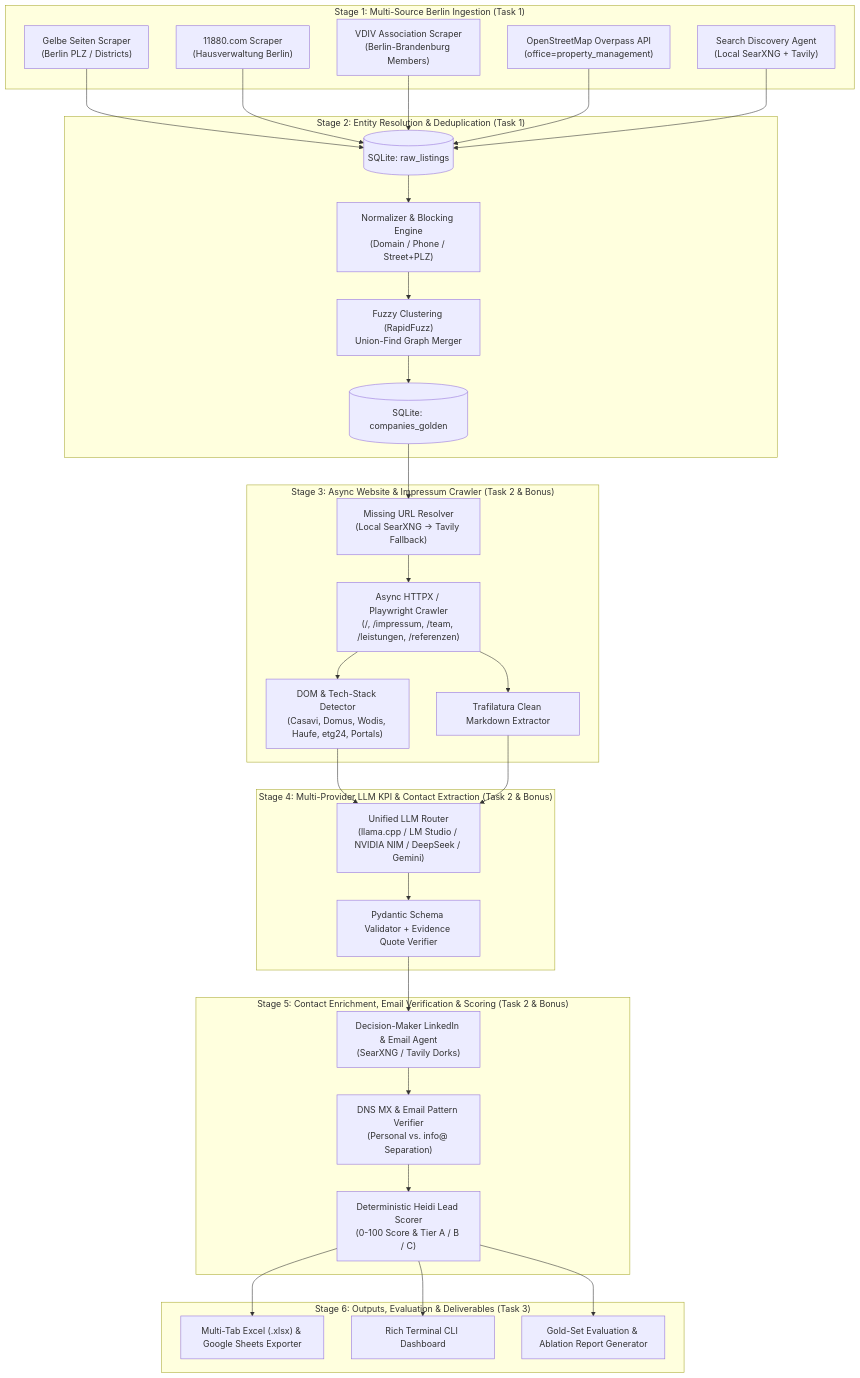
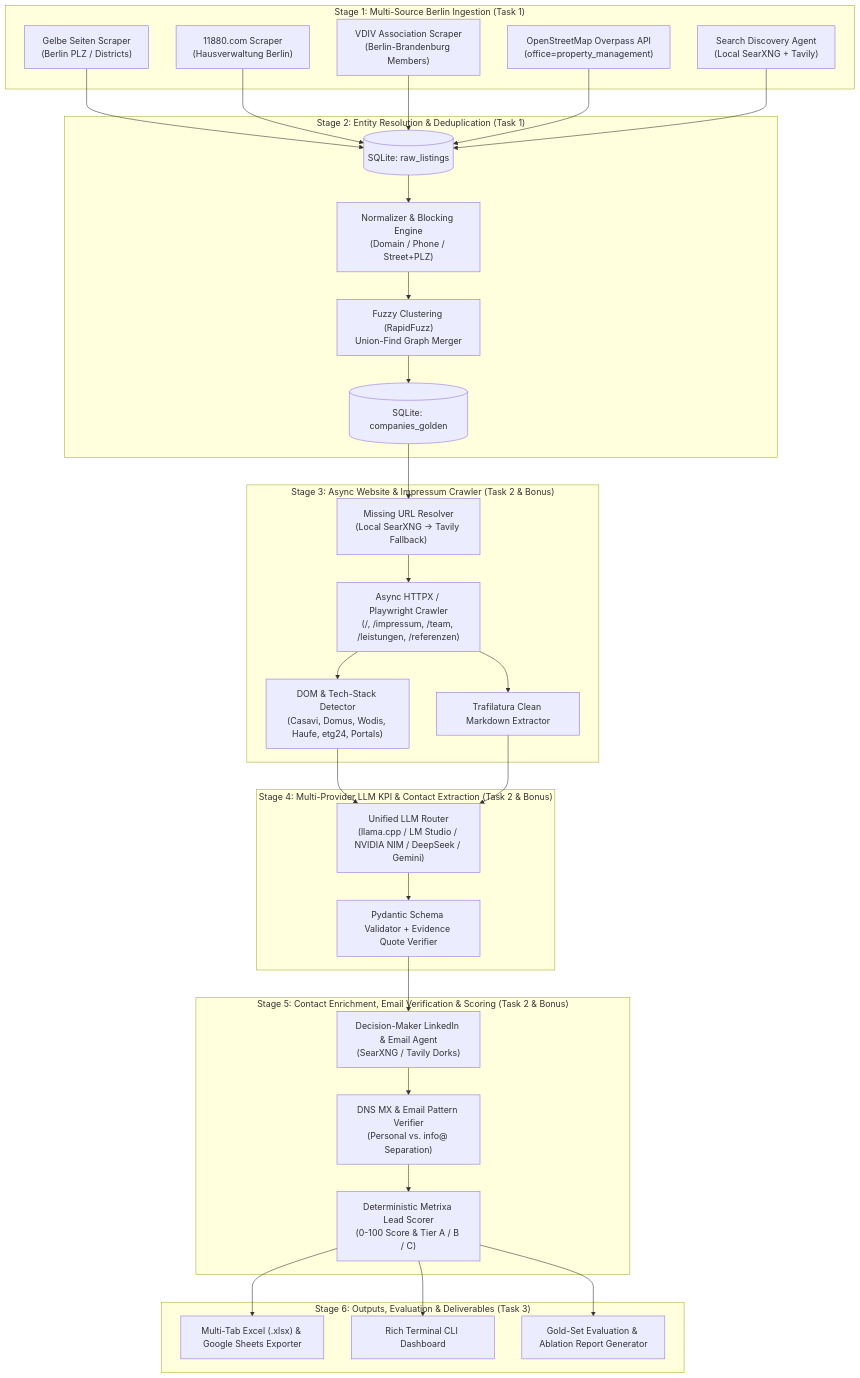
The first of 2 diagrams in docs/Working Docs/02_SYSTEM_ARCHITECTURE_AND_TECH_STACK.md (sainibhaowal/Metrixa-Systems), drawn with Mermaid before and after one commit. The commit also changed other lines of this file and 66 other files, not shown here.

````diff
--- a/docs/Working Docs/02_SYSTEM_ARCHITECTURE_AND_TECH_STACK.md
+++ b/docs/Working Docs/02_SYSTEM_ARCHITECTURE_AND_TECH_STACK.md
@@ -13,49 +13,49 @@
 ```mermaid
 flowchart TB
     subgraph Stage1["Stage 1: Multi-Source Berlin Ingestion (Task 1)"]
         S1["Gelbe Seiten Scraper\n(Berlin PLZ / Districts)"]
         S2["11880.com Scraper\n(Hausverwaltung Berlin)"]
         S3["VDIV Association Scraper\n(Berlin-Brandenburg Members)"]
         S4["OpenStreetMap Overpass API\n(office=property_management)"]
         S5["Search Discovery Agent\n(Local SearXNG + Tavily)"]
     end
 
     subgraph Stage2["Stage 2: Entity Resolution & Deduplication (Task 1)"]
         ER["Normalizer & Blocking Engine\n(Domain / Phone / Street+PLZ)"]
         FZ["Fuzzy Clustering (RapidFuzz)\nUnion-Find Graph Merger"]
         DB_RAW[("SQLite: raw_listings")]
         DB_GOLD[("SQLite: companies_golden")]
     end
 
     subgraph Stage3["Stage 3: Async Website & Impressum Crawler (Task 2 & Bonus)"]
         URL_RES["Missing URL Resolver\n(Local SearXNG -> Tavily Fallback)"]
         CRAWL["Async HTTPX / Playwright Crawler\n(/, /impressum, /team, /leistungen, /referenzen)"]
         DOM_SIG["DOM & Tech-Stack Detector\n(Casavi, Domus, Wodis, Haufe, etg24, Portals)"]
         MD_EXT["Trafilatura Clean Markdown Extractor"]
     end
 
     subgraph Stage4["Stage 4: Multi-Provider LLM KPI & Contact Extraction (Task 2 & Bonus)"]
         ROUTER["Unified LLM Router\n(llama.cpp / LM Studio / NVIDIA NIM / DeepSeek / Gemini)"]
         SCHEMA["Pydantic Schema Validator + Evidence Quote Verifier"]
     end
 
     subgraph Stage5["Stage 5: Contact Enrichment, Email Verification & Scoring (Task 2 & Bonus)"]
         LI_AGENT["Decision-Maker LinkedIn & Email Agent\n(SearXNG / Tavily Dorks)"]
         MX_VER["DNS MX & Email Pattern Verifier\n(Personal vs. info@ Separation)"]
-        SCORER["Deterministic Heidi Lead Scorer\n(0-100 Score & Tier A / B / C)"]
+        SCORER["Deterministic Metrixa Lead Scorer\n(0-100 Score & Tier A / B / C)"]
     end
 
     subgraph Stage6["Stage 6: Outputs, Evaluation & Deliverables (Task 3)"]
         XLSX["Multi-Tab Excel (.xlsx) & Google Sheets Exporter"]
         CLI["Rich Terminal CLI Dashboard"]
         EVAL["Gold-Set Evaluation & Ablation Report Generator"]
     end
 
     S1 & S2 & S3 & S4 & S5 --> DB_RAW
     DB_RAW --> ER --> FZ --> DB_GOLD
     DB_GOLD --> URL_RES --> CRAWL
     CRAWL --> DOM_SIG & MD_EXT
     DOM_SIG & MD_EXT --> ROUTER --> SCHEMA
     SCHEMA --> LI_AGENT --> MX_VER --> SCORER
     SCORER --> XLSX & CLI & EVAL
 ```
````
